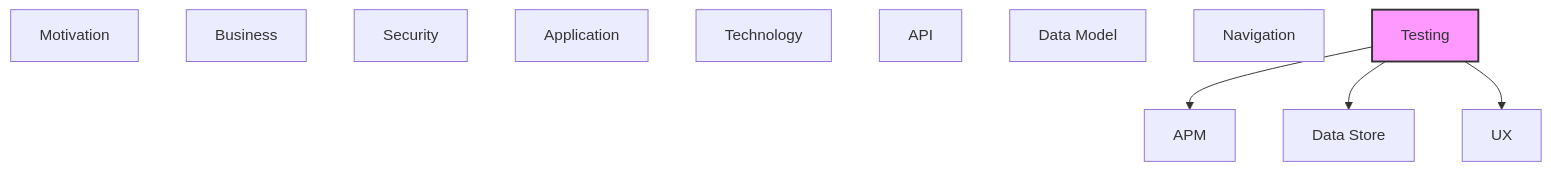
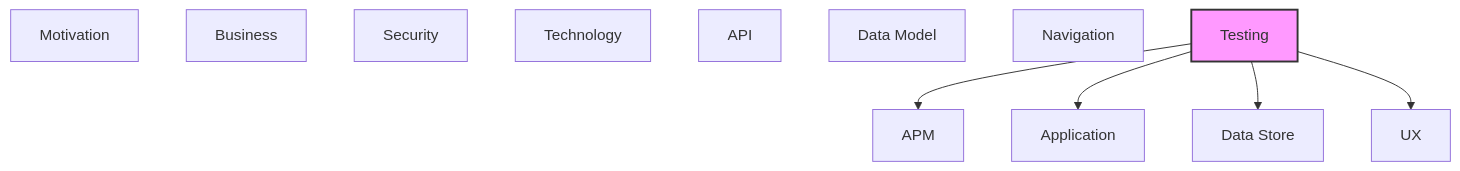
The second of 2 diagrams in documentation-robotics/reports/12-testing-layer-report.md (tinkermonkey/context-studio), drawn with Mermaid before and after one commit. The commit also changed other lines of this file and 37 other files, not shown here.

````diff
--- a/documentation-robotics/reports/12-testing-layer-report.md
+++ b/documentation-robotics/reports/12-testing-layer-report.md
@@ -54,20 +59,21 @@
 ```mermaid
 flowchart TB
   classDef current fill:#f9f,stroke:#333,stroke-width:2px
   motivation["Motivation"]
   business["Business"]
   security["Security"]
   application["Application"]
   technology["Technology"]
   api["API"]
   data_model["Data Model"]
   data_store["Data Store"]
   ux["UX"]
   navigation["Navigation"]
   apm["APM"]
   testing["Testing"]
   testing --> apm
+  testing --> application
   testing --> data_store
   testing --> ux
   class testing current
 ```
````
